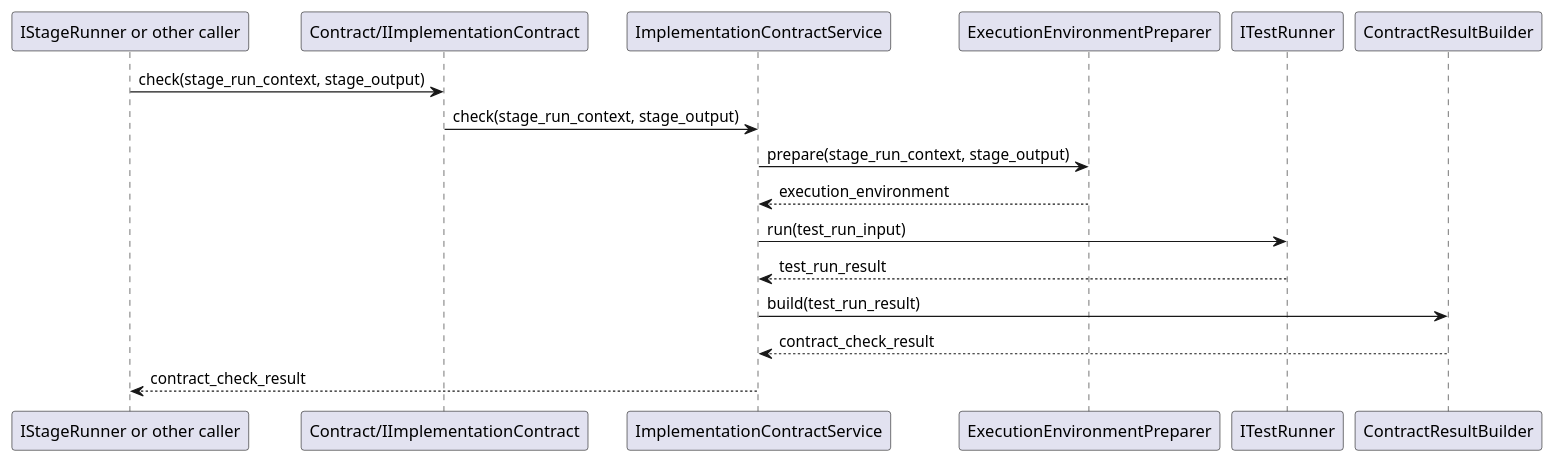
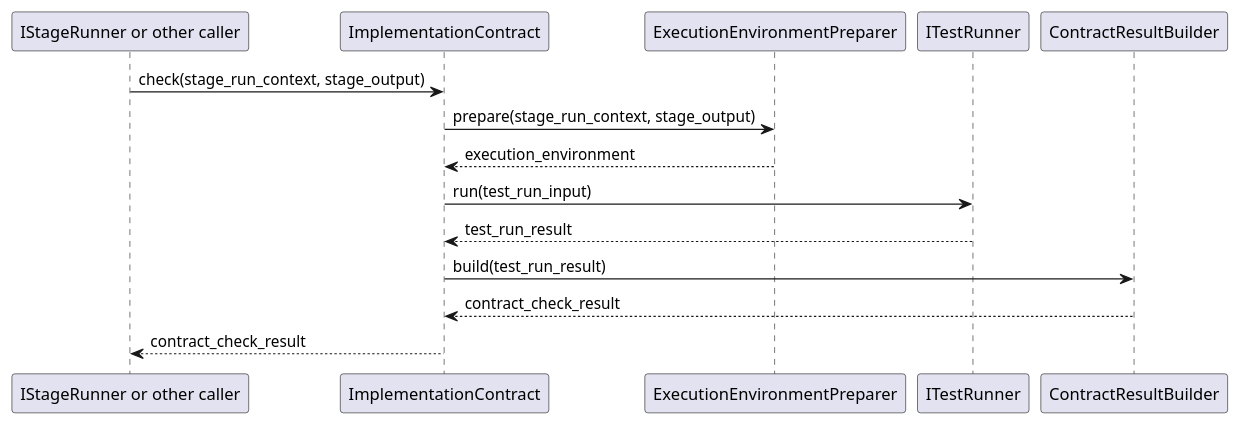
Before and after one commit to lucky-chen/ai_workflow_travel: the second of 2 diagrams in meta_layer/docs/design_docs/Contract/ImplementationContract.md, drawn with PlantUML. The commit also changed other lines of this file and 12 other files, not shown here.

First line of the commit message:
[AI] gpt-5.4: align stage pipeline document io flow

````diff
--- a/meta_layer/docs/design_docs/Contract/ImplementationContract.md
+++ b/meta_layer/docs/design_docs/Contract/ImplementationContract.md
@@ -125,20 +112,18 @@
 ```plantuml
 @startuml
 participant Caller as "IStageRunner or other caller"
-participant IImplementationContract as "Contract/IImplementationContract"
-participant ImplementationContractService
+participant ImplementationContract
 participant ExecutionEnvironmentPreparer
 participant ITestRunner
 participant ContractResultBuilder
 
-Caller -> IImplementationContract: check(stage_run_context, stage_output)
-IImplementationContract -> ImplementationContractService: check(stage_run_context, stage_output)
-ImplementationContractService -> ExecutionEnvironmentPreparer: prepare(stage_run_context, stage_output)
-ExecutionEnvironmentPreparer --> ImplementationContractService: execution_environment
-ImplementationContractService -> ITestRunner: run(test_run_input)
-ITestRunner --> ImplementationContractService: test_run_result
-ImplementationContractService -> ContractResultBuilder: build(test_run_result)
-ContractResultBuilder --> ImplementationContractService: contract_check_result
-ImplementationContractService --> Caller: contract_check_result
+Caller -> ImplementationContract: check(stage_run_context, stage_output)
+ImplementationContract -> ExecutionEnvironmentPreparer: prepare(stage_run_context, stage_output)
+ExecutionEnvironmentPreparer --> ImplementationContract: execution_environment
+ImplementationContract -> ITestRunner: run(test_run_input)
+ITestRunner --> ImplementationContract: test_run_result
+ImplementationContract -> ContractResultBuilder: build(test_run_result)
+ContractResultBuilder --> ImplementationContract: contract_check_result
+ImplementationContract --> Caller: contract_check_result
 @enduml
 ```
````
